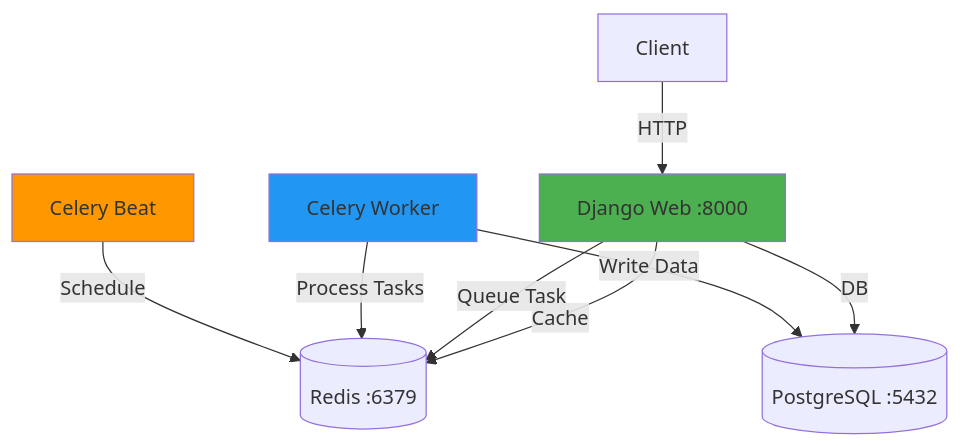
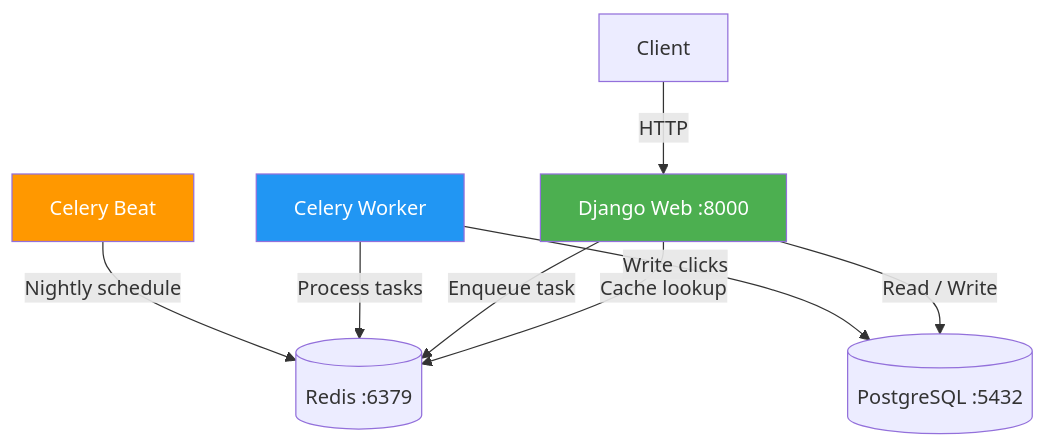
The diagram in module8/url/README.md (Ishimwediane/Labs), drawn with Mermaid before and after one commit. The commit also changed other lines of this file and 8 other files, not shown here.

````diff
--- a/module8/url/README.md
+++ b/module8/url/README.md
@@ -16,14 +9,14 @@
 ```mermaid
 graph TB
     Client[Client] -->|HTTP| Web[Django Web :8000]
-    Web -->|Cache| Redis[(Redis :6379)]
-    Web -->|DB| Postgres[(PostgreSQL :5432)]
-    Web -->|Queue Task| Redis
-    Worker[Celery Worker] -->|Process Tasks| Redis
-    Worker -->|Write Data| Postgres
-    Beat[Celery Beat] -->|Schedule| Redis
-    
-    style Web fill:#4CAF50
-    style Worker fill:#2196F3
-    style Beat fill:#FF9800
+    Web -->|Cache lookup| Redis[(Redis :6379)]
+    Web -->|Read / Write| Postgres[(PostgreSQL :5432)]
+    Web -->|Enqueue task| Redis
+    Worker[Celery Worker] -->|Process tasks| Redis
+    Worker -->|Write clicks| Postgres
+    Beat[Celery Beat] -->|Nightly schedule| Redis
+
+    style Web fill:#4CAF50,color:#fff
+    style Worker fill:#2196F3,color:#fff
+    style Beat fill:#FF9800,color:#fff
 ```
````
